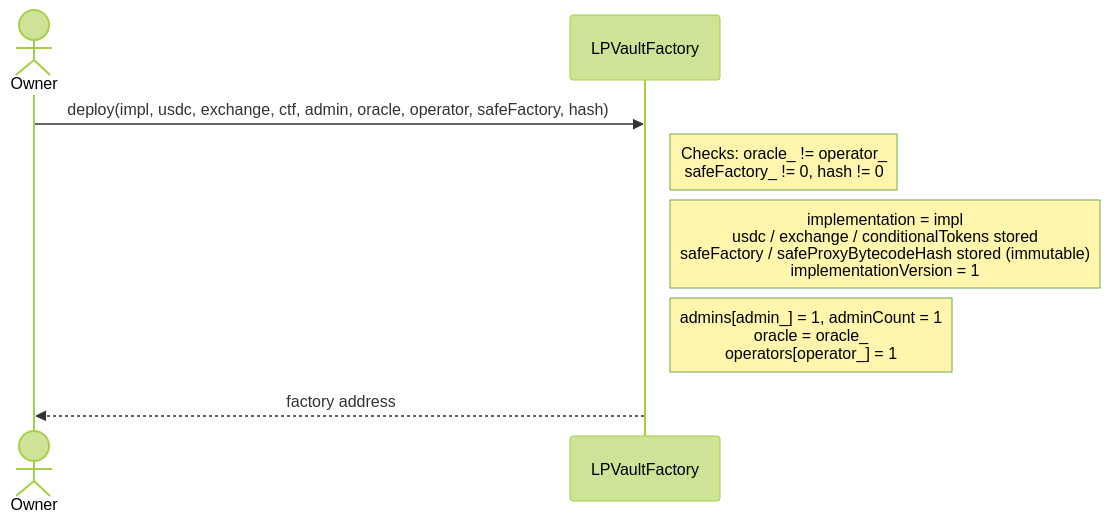
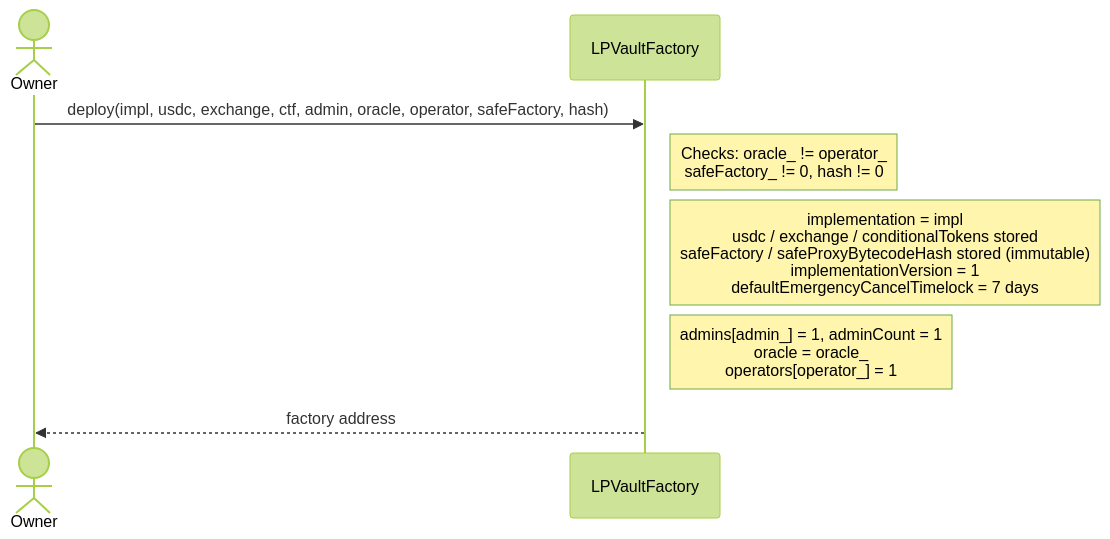
The first of 33 diagrams in REFERENCE.md (ProphetMarket/lp-vaults), drawn with Mermaid (forest theme) before and after one commit. The commit also changed other lines of this file and 4 other files, not shown here.

````diff
--- a/REFERENCE.md
+++ b/REFERENCE.md
@@ -48,11 +48,11 @@
 ```mermaid
 sequenceDiagram
     actor Owner
     participant Factory as LPVaultFactory
 
     Owner->>Factory: deploy(impl, usdc, exchange, ctf, admin, oracle, operator, safeFactory, hash)
     Note right of Factory: Checks: oracle_ != operator_<br/>safeFactory_ != 0, hash != 0
-    Note right of Factory: implementation = impl<br/>usdc / exchange / conditionalTokens stored<br/>safeFactory / safeProxyBytecodeHash stored (immutable)<br/>implementationVersion = 1
+    Note right of Factory: implementation = impl<br/>usdc / exchange / conditionalTokens stored<br/>safeFactory / safeProxyBytecodeHash stored (immutable)<br/>implementationVersion = 1<br/>defaultEmergencyCancelTimelock = 7 days
     Note right of Factory: admins[admin_] = 1, adminCount = 1<br/>oracle = oracle_<br/>operators[operator_] = 1
     Factory-->>Owner: factory address
 ```
````
